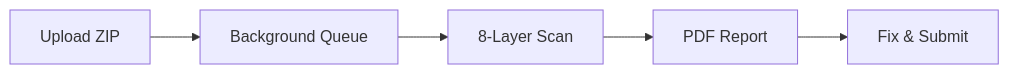
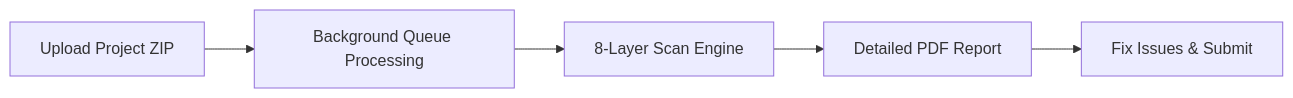
One commit to shubra2641/Envato-Coded-Audit changed the diagram in README.md. Above: the diagram before and after it, drawn with Mermaid. The commit also changed other lines of this file, not shown here.

````diff
--- a/README.md
+++ b/README.md
@@ -62,7 +82,7 @@
 ```mermaid
 graph LR
-    A[Upload ZIP] --> B[Background Queue]
-    B --> C[8-Layer Scan]
-    C --> D[PDF Report]
-    D --> E[Fix & Submit]
+    A[Upload Project ZIP] --> B[Background Queue Processing]
+    B --> C[8-Layer Scan Engine]
+    C --> D[Detailed PDF Report]
+    D --> E[Fix Issues & Submit]
 ```
````
